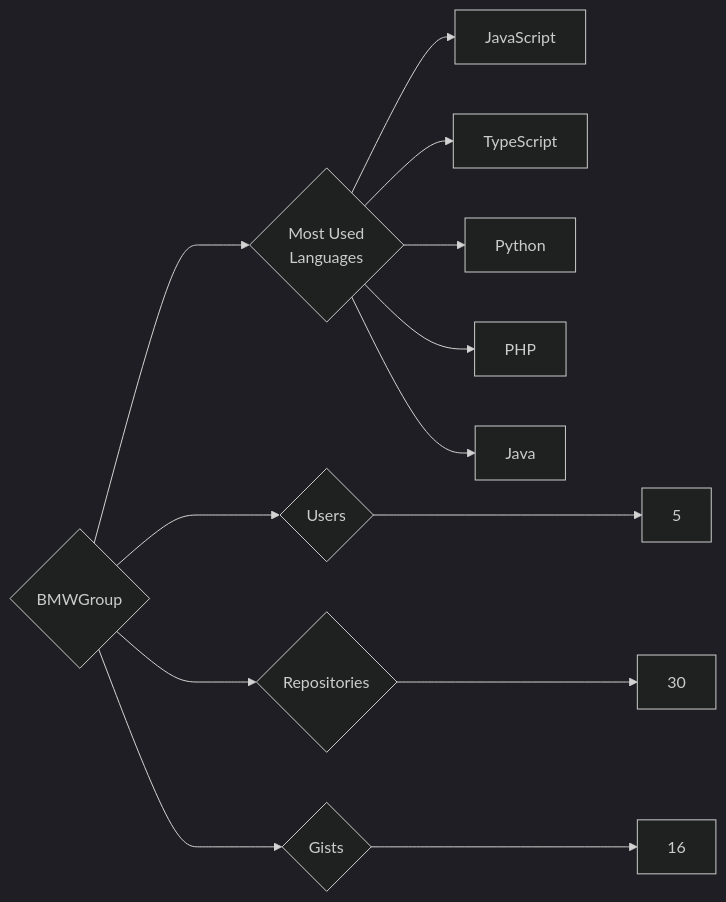
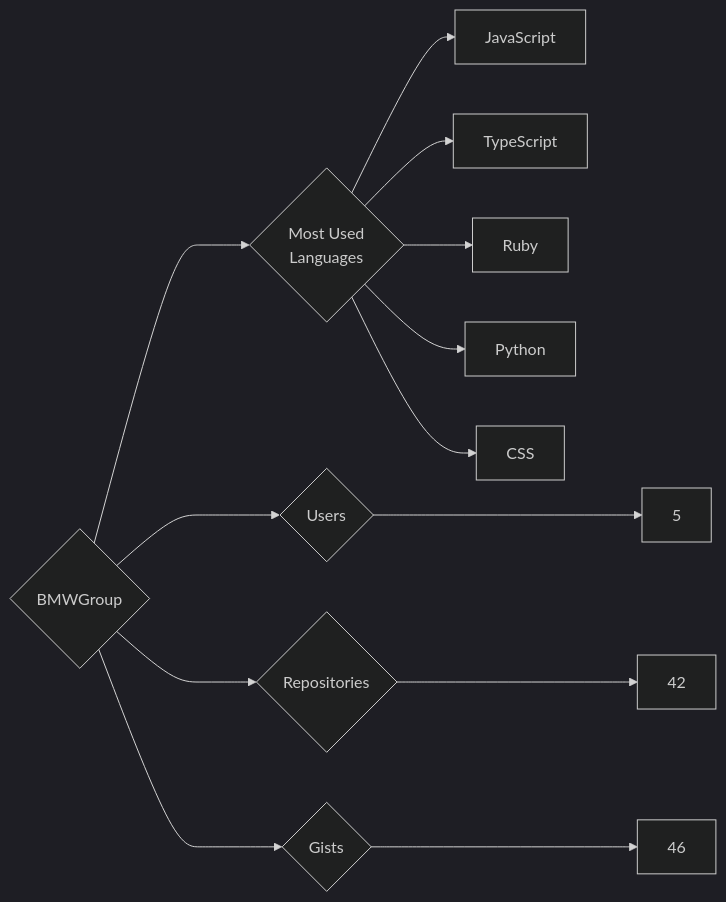
The diagram in targets/BMWGroup/README.md (trickest/insiders), drawn with Mermaid (dark theme) before and after one commit. The commit also changed 938 other files, not shown here.

````diff
--- a/targets/BMWGroup/README.md
+++ b/targets/BMWGroup/README.md
@@ -3,13 +3,13 @@
 ```mermaid
 graph LR
 COMPANY_NAME{BMWGroup}
 COMPANY_NAME ---> U{Users} ---> UN[5]
-COMPANY_NAME ---> R{Repositories} ---> RN[30]
-COMPANY_NAME ---> G{Gists} ---> GN[16]
+COMPANY_NAME ---> R{Repositories} ---> RN[42]
+COMPANY_NAME ---> G{Gists} ---> GN[46]
 COMPANY_NAME ---> ML{Most Used<br>Languages}
 ML --> JavaScript[JavaScript]
 ML --> TypeScript[TypeScript]
+ML --> Ruby[Ruby]
 ML --> Python[Python]
-ML --> PHP[PHP]
-ML --> Java[Java]
+ML --> CSS[CSS]
 ```
````
